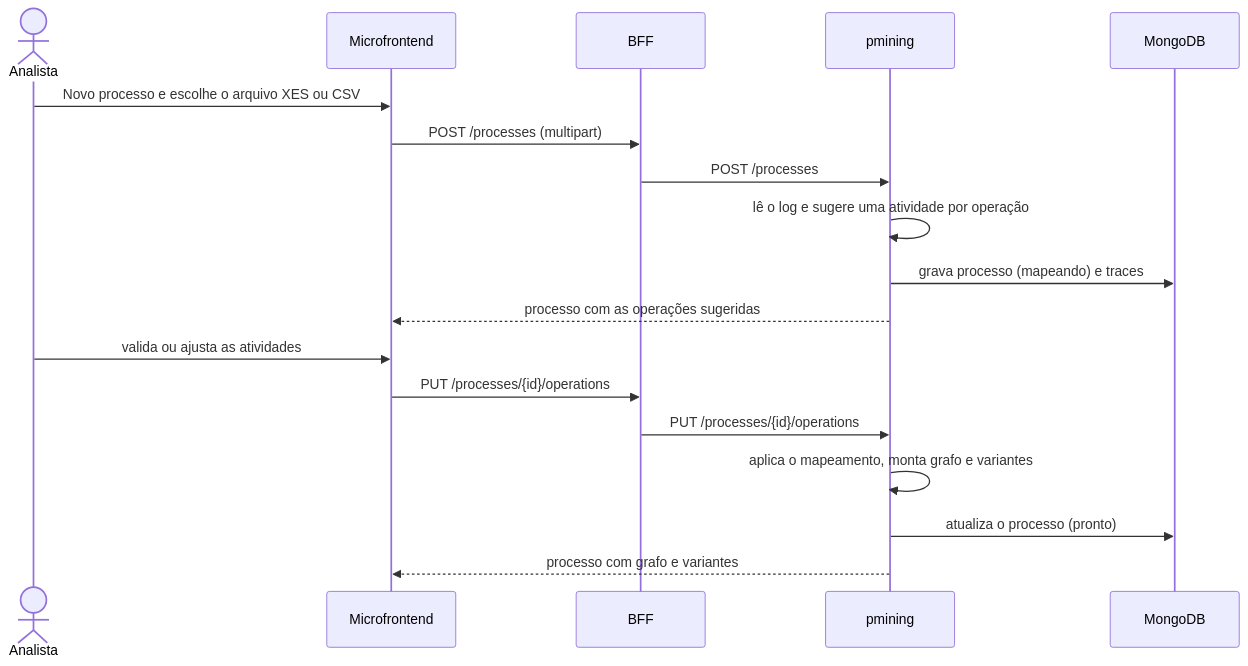
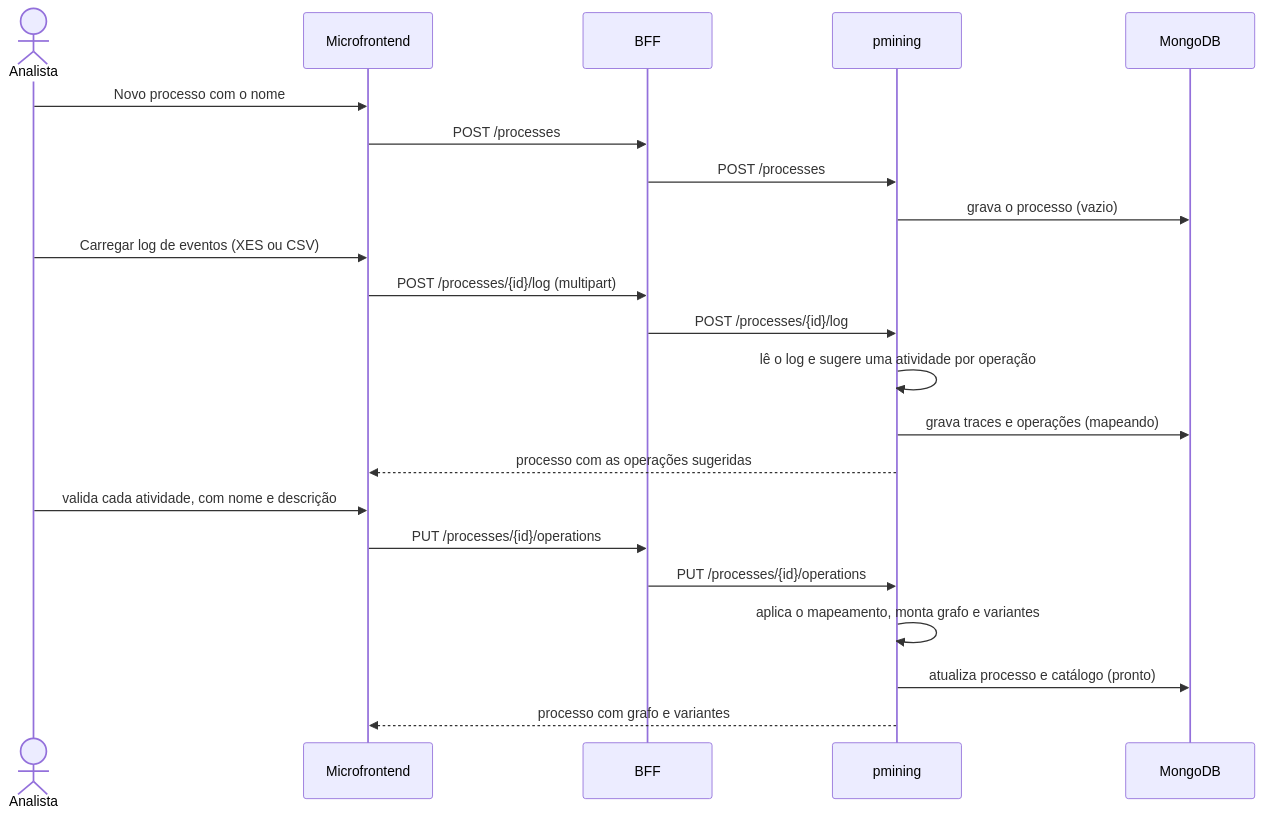
Before and after one commit to aland3r/deviante-docs: the fifth of 10 diagrams in driftor/arc42.md, drawn with Mermaid. The commit also changed other lines of this file, not shown here.

Commit message:
arc42 do driftor: processo nasce vazio, log carregado depois e descrição da atividade

````diff
--- a/driftor/arc42.md
+++ b/driftor/arc42.md
@@ -398,21 +399,25 @@
 ```mermaid
 sequenceDiagram
     actor A as Analista
     participant W as Microfrontend
     participant B as BFF
     participant P as pmining
     participant M as MongoDB
 
-    A->>W: Novo processo e escolhe o arquivo XES ou CSV
-    W->>B: POST /processes (multipart)
+    A->>W: Novo processo com o nome
+    W->>B: POST /processes
     B->>P: POST /processes
+    P->>M: grava o processo (vazio)
+    A->>W: Carregar log de eventos (XES ou CSV)
+    W->>B: POST /processes/{id}/log (multipart)
+    B->>P: POST /processes/{id}/log
     P->>P: lê o log e sugere uma atividade por operação
-    P->>M: grava processo (mapeando) e traces
+    P->>M: grava traces e operações (mapeando)
     P-->>W: processo com as operações sugeridas
-    A->>W: valida ou ajusta as atividades
+    A->>W: valida cada atividade, com nome e descrição
     W->>B: PUT /processes/{id}/operations
     B->>P: PUT /processes/{id}/operations
     P->>P: aplica o mapeamento, monta grafo e variantes
-    P->>M: atualiza o processo (pronto)
+    P->>M: atualiza processo e catálogo (pronto)
     P-->>W: processo com grafo e variantes
 ```
````
